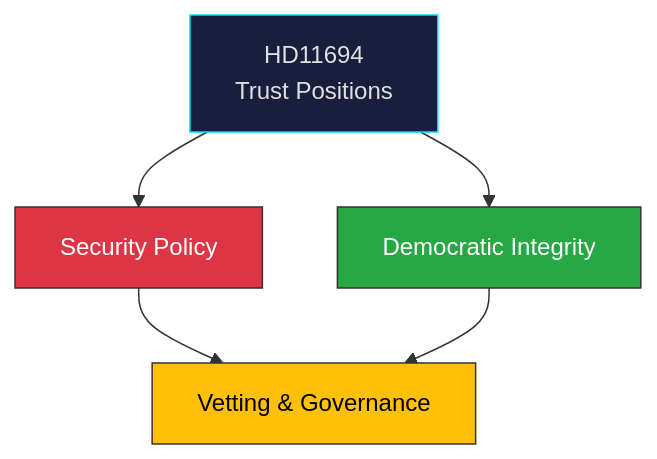
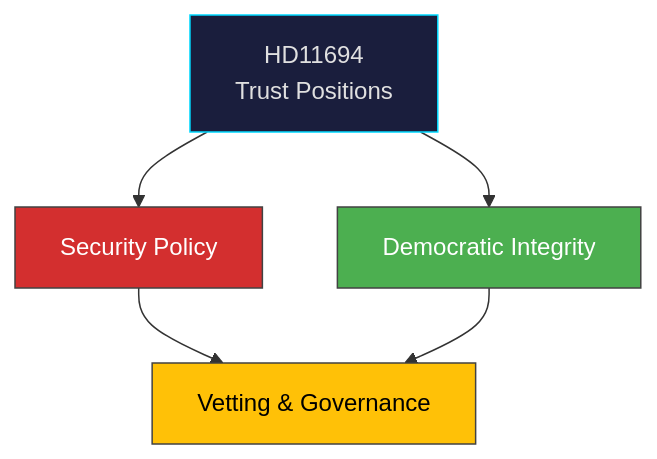
The diagram in analysis/daily/2026-04-08/realtime-1027/documents/hd11694-analysis.md (Hack23/riksdagsmonitor), drawn with Mermaid before and after one commit. The commit also changed 785 other files, not shown here.

First line of the commit message:
Normalize mermaid colors across 786 analysis artifacts to ISMS Style Guide palette

````diff
--- a/analysis/daily/2026-04-08/realtime-1027/documents/hd11694-analysis.md
+++ b/analysis/daily/2026-04-08/realtime-1027/documents/hd11694-analysis.md
@@ -17,11 +17,11 @@
 ```mermaid
 graph TD
     A["HD11694<br/>Trust Positions"] --> B["Security Policy"]
     A --> C["Democratic Integrity"]
     B --> D["Vetting & Governance"]
     C --> D
     style A fill:#1a1e3d,stroke:#00d9ff,color:#e0e0e0
-    style B fill:#dc3545,stroke:#333,color:#fff
-    style C fill:#28a745,stroke:#333,color:#fff
-    style D fill:#ffc107,stroke:#333,color:#000
+    style B fill:#D32F2F,stroke:#424242,color:#FFFFFF
+    style C fill:#4CAF50,stroke:#424242,color:#FFFFFF
+    style D fill:#FFC107,stroke:#424242,color:#000000
 ```
````
